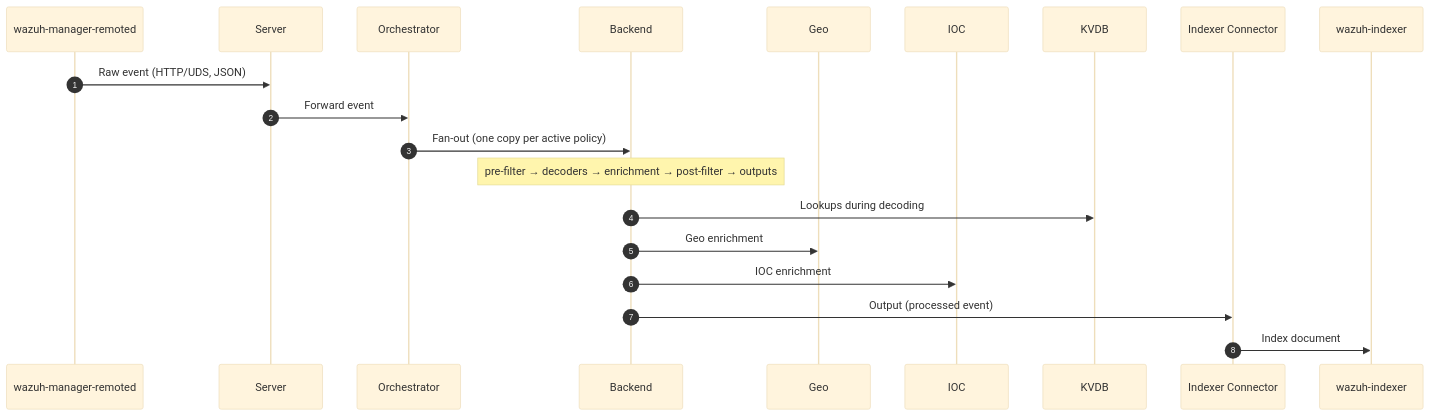
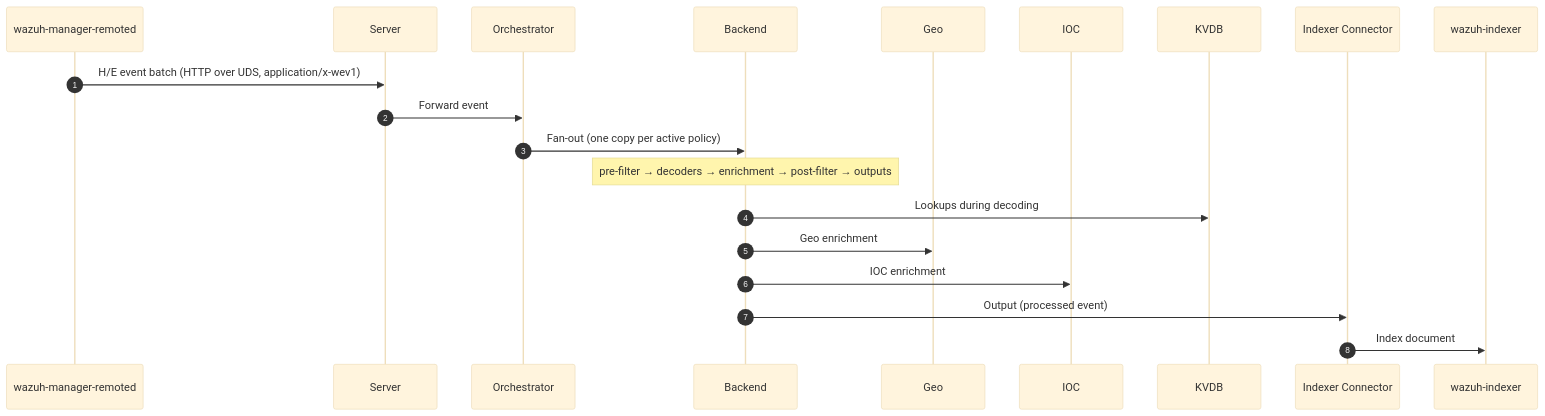
One commit to wazuh/wazuh changed the second of 3 diagrams in docs/ref/modules/engine/architecture.md. Above: the diagram before and after it, drawn with Mermaid (base theme). The commit also changed other lines of this file and 139 other files, not shown here.

````diff
--- a/docs/ref/modules/engine/architecture.md
+++ b/docs/ref/modules/engine/architecture.md
@@ -149,23 +149,23 @@
 ```mermaid
 sequenceDiagram
     autonumber
     participant Remoted as wazuh-manager-remoted
     participant Server
     participant Orchestrator
     participant Backend
     participant Geo
     participant IOC
     participant KVDB
     participant IC as Indexer Connector
     participant Indexer as wazuh-indexer
 
-    Remoted->>Server: Raw event (HTTP/UDS, JSON)
+    Remoted->>Server: H/E event batch (HTTP over UDS, application/x-wev1)
     Server->>Orchestrator: Forward event
     Orchestrator->>Backend: Fan-out (one copy per active policy)
     Note over Backend: pre-filter → decoders → enrichment → post-filter → outputs
     Backend->>KVDB: Lookups during decoding
     Backend->>Geo: Geo enrichment
     Backend->>IOC: IOC enrichment
     Backend->>IC: Output (processed event)
     IC->>Indexer: Index document
 ```
````
